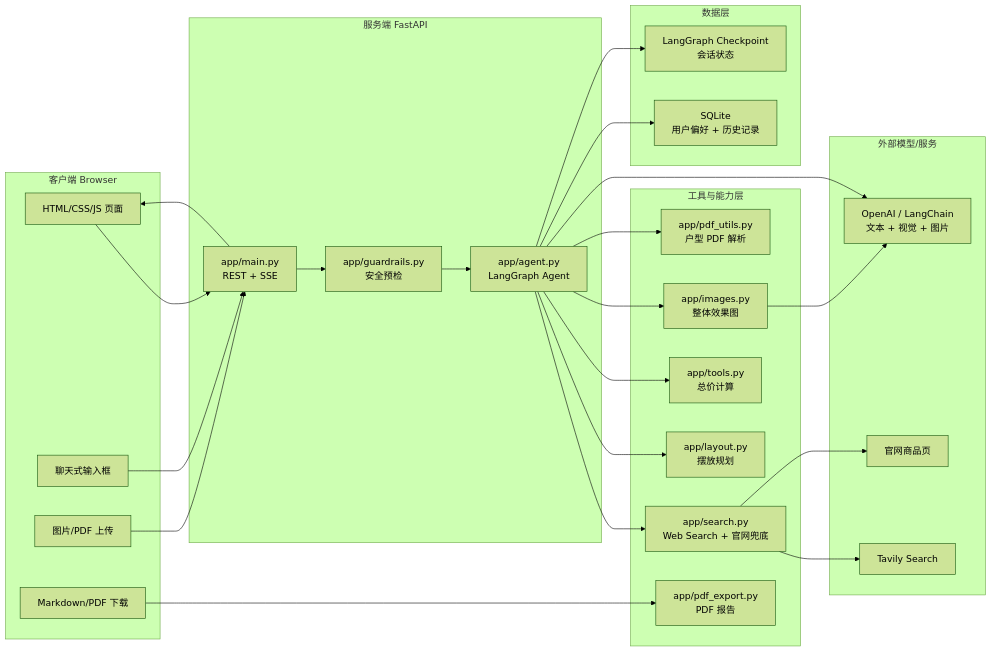
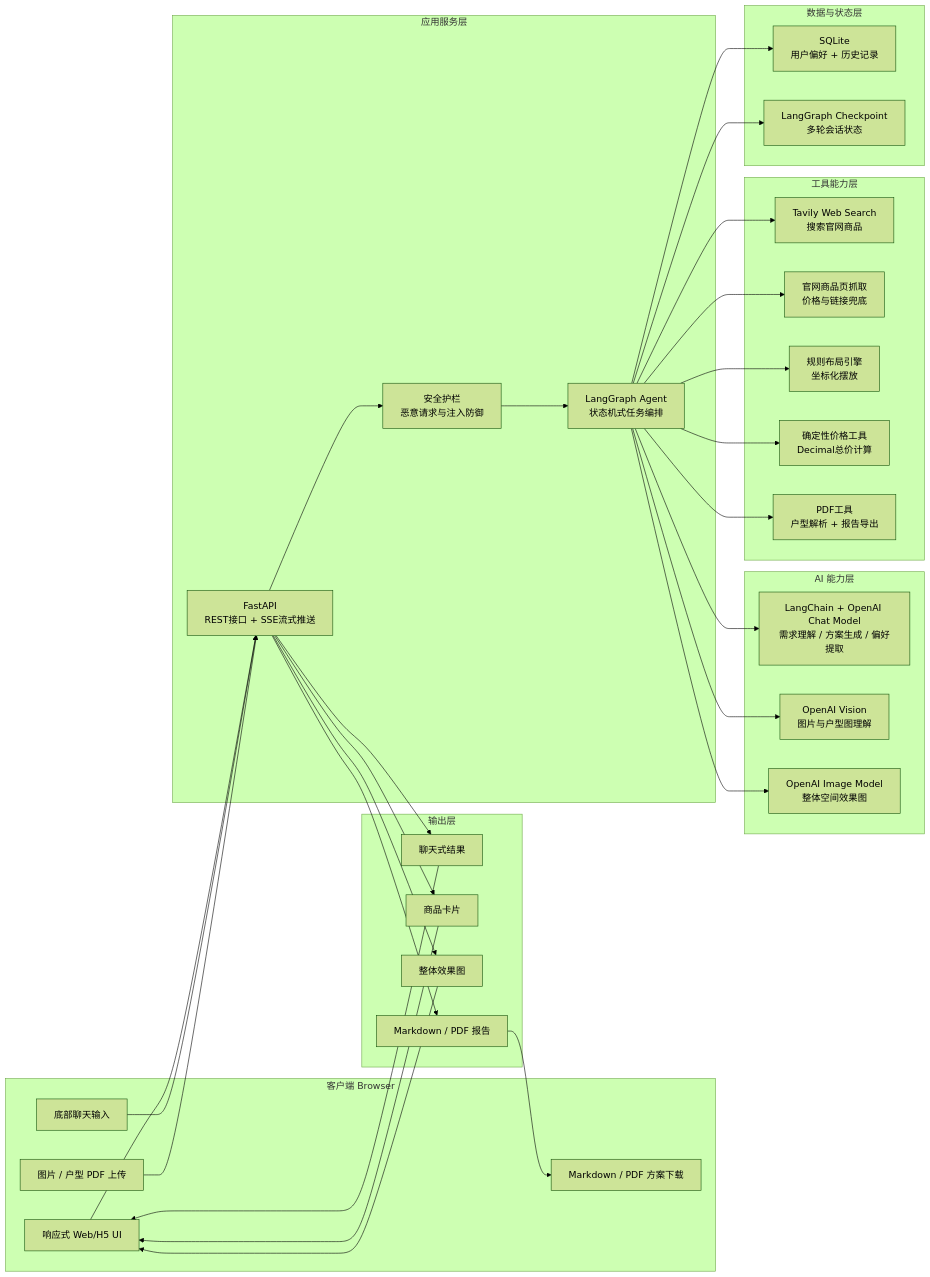
Before and after one commit to canvas0607/hpu-dsci5800-final: the third of 5 diagrams in docs/agent_workflow_analysis.md, drawn with Mermaid (forest theme). The commit also changed other lines of this file, not shown here.

````diff
--- a/docs/agent_workflow_analysis.md
+++ b/docs/agent_workflow_analysis.md
@@ -54,54 +57,65 @@
 ```mermaid
 flowchart LR
     subgraph Client["客户端 Browser"]
-        UI["HTML/CSS/JS 页面"]
-        Chat["聊天式输入框"]
-        Upload["图片/PDF 上传"]
-        Download["Markdown/PDF 下载"]
+        UI["响应式 Web/H5 UI"]
+        Chat["底部聊天输入"]
+        Upload["图片 / 户型 PDF 上传"]
+        Download["Markdown / PDF 方案下载"]
     end
 
-    subgraph Server["服务端 FastAPI"]
-        API["app/main.py<br/>REST + SSE"]
-        Guard["app/guardrails.py<br/>安全预检"]
-        Agent["app/agent.py<br/>LangGraph Agent"]
+    subgraph Server["应用服务层"]
+        API["FastAPI<br/>REST接口 + SSE流式推送"]
+        Guard["安全护栏<br/>恶意请求与注入防御"]
+        Agent["LangGraph Agent<br/>状态机式任务编排"]
     end
 
-    subgraph Tools["工具与能力层"]
-        Search["app/search.py<br/>Web Search + 官网兜底"]
-        Layout["app/layout.py<br/>摆放规划"]
-        Price["app/tools.py<br/>总价计算"]
-        Image["app/images.py<br/>整体效果图"]
-        PDF["app/pdf_export.py<br/>PDF 报告"]
-        PDFRead["app/pdf_utils.py<br/>户型 PDF 解析"]
+    subgraph AI["AI 能力层"]
+        LLM["LangChain + OpenAI Chat Model<br/>需求理解 / 方案生成 / 偏好提取"]
+        Vision["OpenAI Vision<br/>图片与户型图理解"]
+        ImageModel["OpenAI Image Model<br/>整体空间效果图"]
     end
 
-    subgraph External["外部模型/服务"]
-        OpenAI["OpenAI / LangChain<br/>文本 + 视觉 + 图片"]
-        Tavily["Tavily Search"]
-        Official["官网商品页"]
+    subgraph Tools["工具能力层"]
+        Search["Tavily Web Search<br/>搜索官网商品"]
+        Fallback["官网商品页抓取<br/>价格与链接兜底"]
+        Layout["规则布局引擎<br/>坐标化摆放"]
+        Price["确定性价格工具<br/>Decimal总价计算"]
+        PDF["PDF工具<br/>户型解析 + 报告导出"]
     end
 
-    subgraph Data["数据层"]
+    subgraph Data["数据与状态层"]
         SQLite["SQLite<br/>用户偏好 + 历史记录"]
-        Checkpoint["LangGraph Checkpoint<br/>会话状态"]
+        Checkpoint["LangGraph Checkpoint<br/>多轮会话状态"]
+    end
+
+    subgraph Outputs["输出层"]
+        Stream["聊天式结果"]
+        Cards["商品卡片"]
+        RoomImage["整体效果图"]
+        Report["Markdown / PDF 报告"]
     end
 
     UI --> API
     Chat --> API
     Upload --> API
     API --> Guard
     Guard --> Agent
+    Agent --> LLM
+    Agent --> Vision
+    Agent --> ImageModel
     Agent --> Search
+    Agent --> Fallback
     Agent --> Layout
     Agent --> Price
-    Agent --> Image
-    Agent --> PDFRead
-    Search --> Tavily
-    Search --> Official
-    Agent --> OpenAI
-    Image --> OpenAI
+    Agent --> PDF
     Agent --> SQLite
     Agent --> Checkpoint
-    API --> UI
-    Download --> PDF
+    API --> Stream
+    API --> Cards
+    API --> RoomImage
+    API --> Report
+    Stream --> UI
+    Cards --> UI
+    RoomImage --> UI
+    Report --> Download
 ```
````
